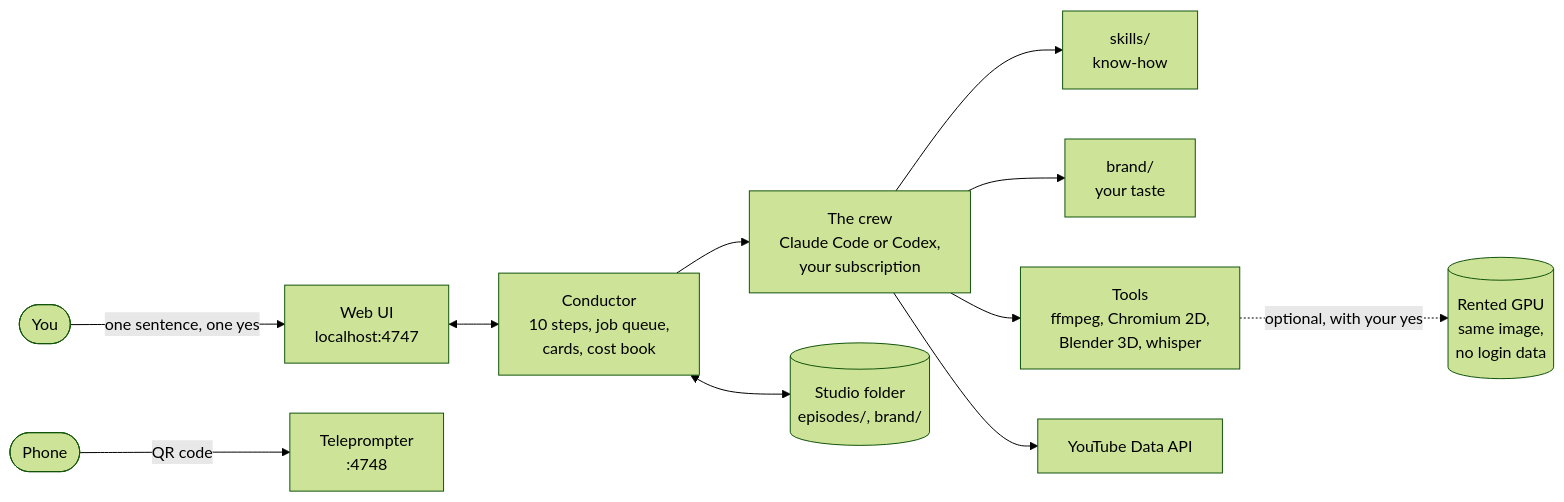
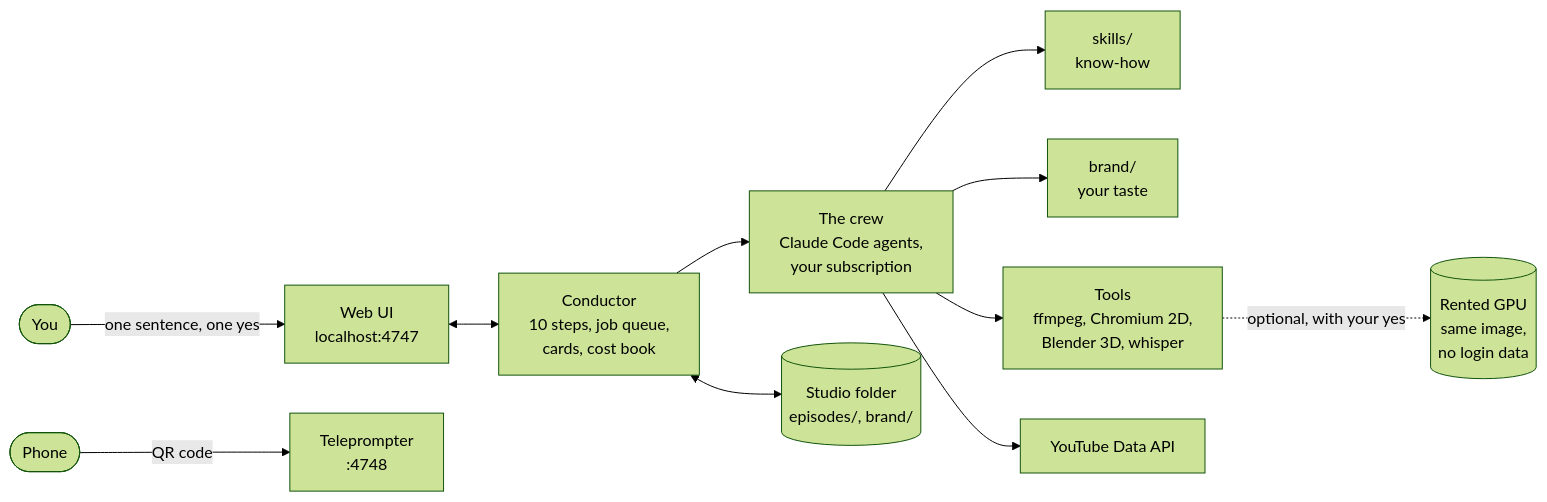
One commit to marcopatzelt/crewcut changed the second of 2 diagrams in README.md. Above: the diagram before and after it, drawn with Mermaid (forest theme). The commit also changed other lines of this file and 2 other files, not shown here.

First line of the commit message:
README as a product page: one niche (solo YouTubers on camera who already pay for Claude Code), the ten steps as a diagram with what the crew does and what you decide, rules the code enforces, the crew, a comparison with true cells only; CI renders every Mermaid diagram

````diff
--- a/README.md
+++ b/README.md
@@ -72,13 +207,13 @@
 ```mermaid
 flowchart LR
     you([You]) -- "one sentence, one yes" --> ui["Web UI<br/>localhost:4747"]
     phone([Phone]) -- QR code --> tp["Teleprompter<br/>:4748"]
     ui <--> cond["Conductor<br/>10 steps, job queue,<br/>cards, cost book"]
-    cond --> crew["The crew<br/>Claude Code or Codex,<br/>your subscription"]
+    cond --> crew["The crew<br/>Claude Code agents,<br/>your subscription"]
     crew --> skills["skills/<br/>know-how"]
     crew --> pack["brand/<br/>your taste"]
     crew --> tools["Tools<br/>ffmpeg, Chromium 2D,<br/>Blender 3D, whisper"]
     tools -. "optional, with your yes" .-> gpu[("Rented GPU<br/>same image,<br/>no login data")]
     crew --> yt["YouTube Data API"]
     cond <--> studio[("Studio folder<br/>episodes/, brand/")]
 ```
````
